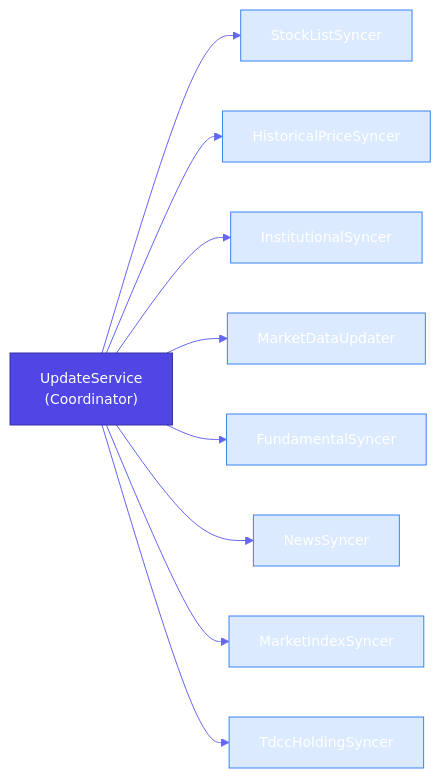
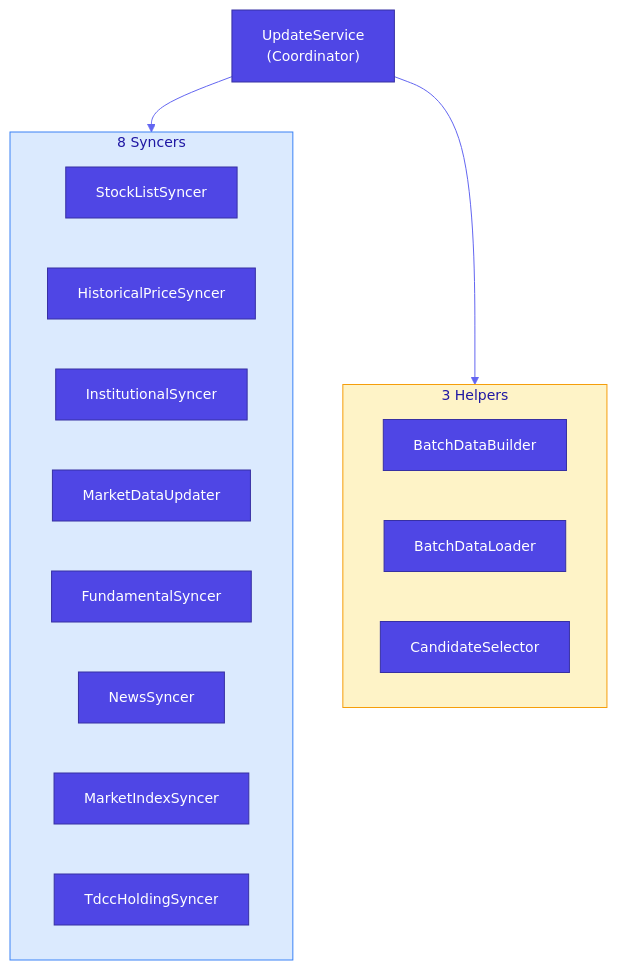
One commit to Neal75418/afterclose changed the fourth of 4 diagrams in CLAUDE.md. Above: the diagram before and after it, drawn with Mermaid. The commit also changed other lines of this file and 40 other files, not shown here.

````diff
--- a/CLAUDE.md
+++ b/CLAUDE.md
@@ -151,24 +153,29 @@
 ```mermaid
 %%{init: {'theme': 'base', 'themeVariables': {'primaryColor': '#4F46E5', 'primaryTextColor': '#fff', 'primaryBorderColor': '#3730A3', 'lineColor': '#6366F1', 'fontSize': '14px'}}}%%
-graph LR
+graph TB
     US["UpdateService<br/>(Coordinator)"]
 
-    US --> SLS["StockListSyncer"]
-    US --> HPS["HistoricalPriceSyncer"]
-    US --> IS["InstitutionalSyncer"]
-    US --> MDU["MarketDataUpdater"]
-    US --> FS["FundamentalSyncer"]
-    US --> NS["NewsSyncer"]
-    US --> MIS["MarketIndexSyncer"]
-    US --> THS["TdccHoldingSyncer"]
+    subgraph Syncers["8 Syncers"]
+        SLS["StockListSyncer"]
+        HPS["HistoricalPriceSyncer"]
+        IS["InstitutionalSyncer"]
+        MDU["MarketDataUpdater"]
+        FS["FundamentalSyncer"]
+        NS["NewsSyncer"]
+        MIS["MarketIndexSyncer"]
+        THS["TdccHoldingSyncer"]
+    end
+
+    subgraph Helpers["3 Helpers"]
+        BDB["BatchDataBuilder"]
+        BDL["BatchDataLoader"]
+        CS["CandidateSelector"]
+    end
+
+    US --> Syncers
+    US --> Helpers
 
     style US fill:#4F46E5,stroke:#3730A3,color:#fff
-    style SLS fill:#DBEAFE,stroke:#3B82F6
-    style HPS fill:#DBEAFE,stroke:#3B82F6
-    style IS fill:#DBEAFE,stroke:#3B82F6
-    style MDU fill:#DBEAFE,stroke:#3B82F6
-    style FS fill:#DBEAFE,stroke:#3B82F6
-    style NS fill:#DBEAFE,stroke:#3B82F6
-    style MIS fill:#DBEAFE,stroke:#3B82F6
-    style THS fill:#DBEAFE,stroke:#3B82F6
+    style Syncers fill:#DBEAFE,stroke:#3B82F6
+    style Helpers fill:#FEF3C7,stroke:#F59E0B
 ```
````
